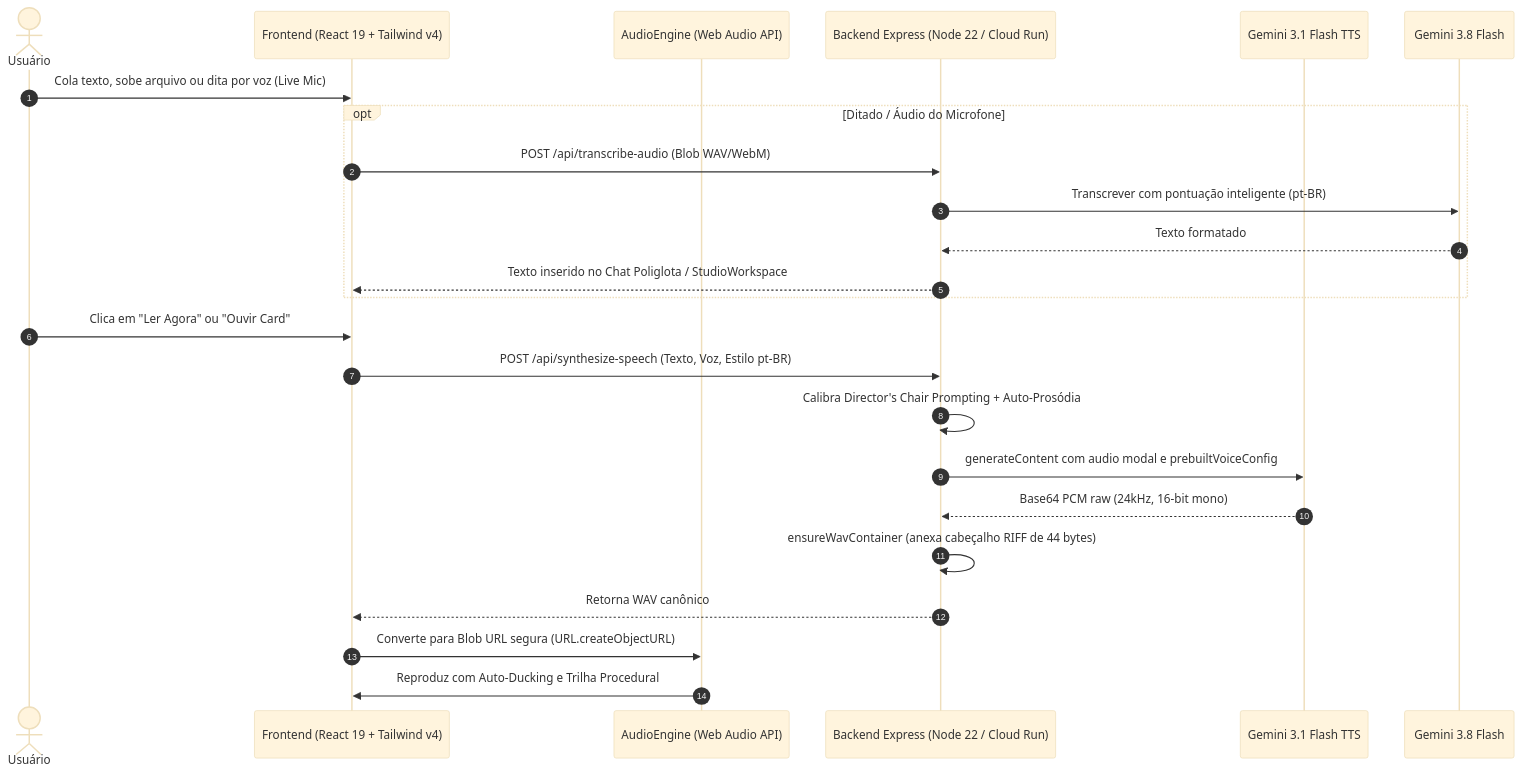
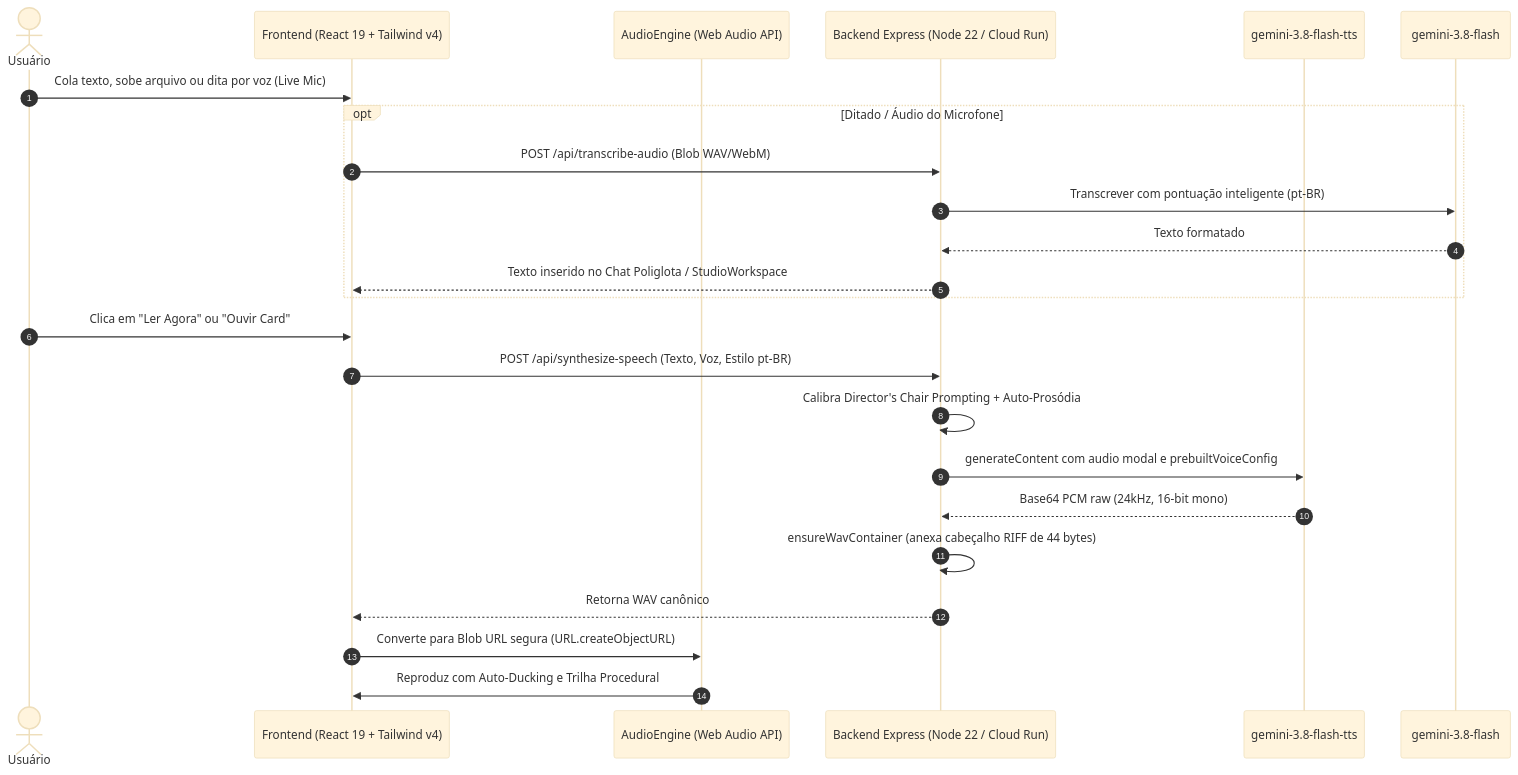
The second of 2 diagrams in design/design.md (melkidonadonmed-lgtm/mytts), drawn with Mermaid (base theme) before and after one commit. The commit also changed other lines of this file and 34 other files, not shown here.

````diff
--- a/design/design.md
+++ b/design/design.md
@@ -59,28 +51,28 @@
 ```mermaid
 sequenceDiagram
     autonumber
     actor User as Usuário
     participant UI as Frontend (React 19 + Tailwind v4)
     participant Engine as AudioEngine (Web Audio API)
     participant Server as Backend Express (Node 22 / Cloud Run)
-    participant GeminiTTS as Gemini 3.1 Flash TTS
-    participant GeminiLLM as Gemini 3.8 Flash
+    participant GeminiTTS as gemini-3.8-flash-tts
+    participant GeminiLLM as gemini-3.8-flash
     
     User->>UI: Cola texto, sobe arquivo ou dita por voz (Live Mic)
     opt Ditado / Áudio do Microfone
         UI->>Server: POST /api/transcribe-audio (Blob WAV/WebM)
         Server->>GeminiLLM: Transcrever com pontuação inteligente (pt-BR)
         GeminiLLM-->>Server: Texto formatado
         Server-->>UI: Texto inserido no Chat Poliglota / StudioWorkspace
     end
     
     User->>UI: Clica em "Ler Agora" ou "Ouvir Card"
     UI->>Server: POST /api/synthesize-speech (Texto, Voz, Estilo pt-BR)
     Server->>Server: Calibra Director's Chair Prompting + Auto-Prosódia
     Server->>GeminiTTS: generateContent com audio modal e prebuiltVoiceConfig
     GeminiTTS-->>Server: Base64 PCM raw (24kHz, 16-bit mono)
     Server->>Server: ensureWavContainer (anexa cabeçalho RIFF de 44 bytes)
     Server-->>UI: Retorna WAV canônico
     UI->>Engine: Converte para Blob URL segura (URL.createObjectURL)
     Engine->>UI: Reproduz com Auto-Ducking e Trilha Procedural
 ```
````
